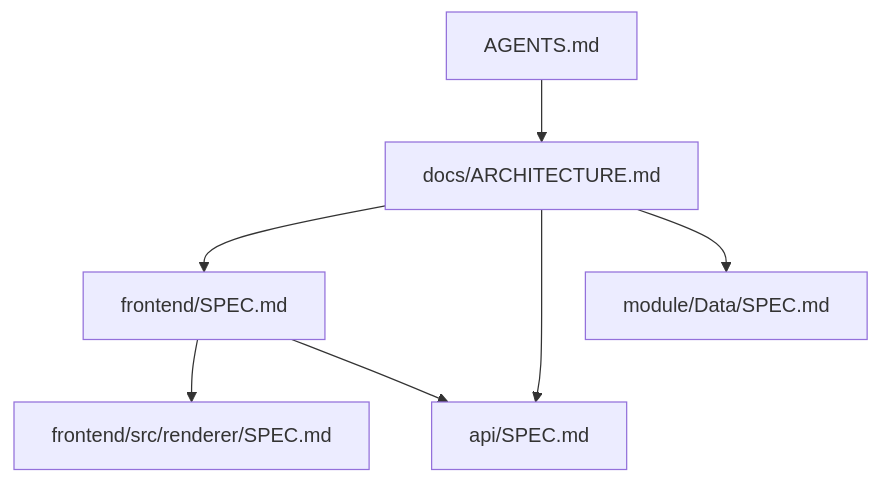
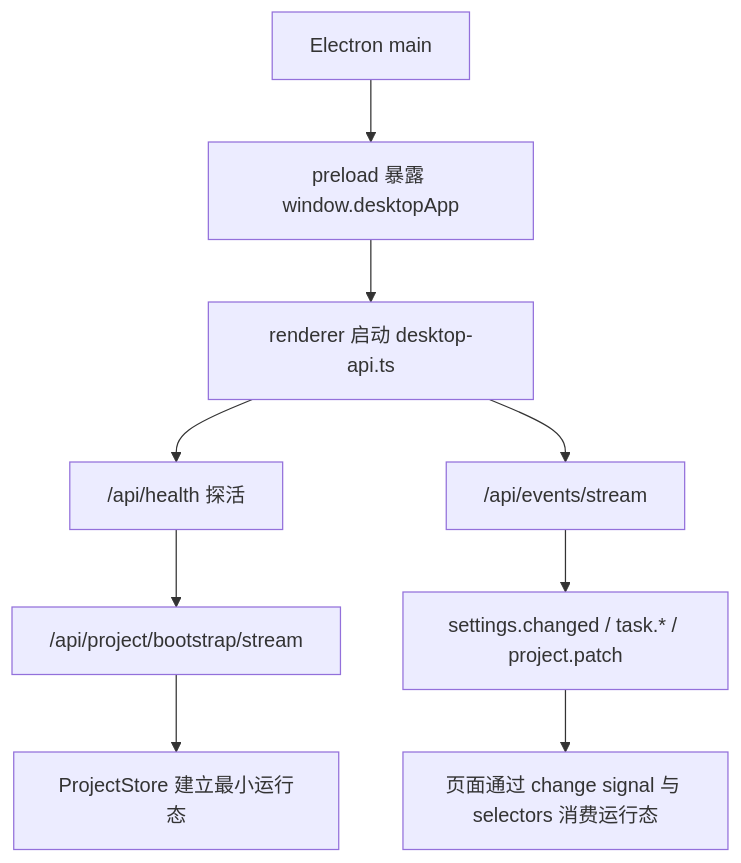
Before and after one commit to neavo/LinguaGacha: the second of 3 diagrams in docs/ARCHITECTURE.md, drawn with Mermaid. The commit also changed other lines of this file and 364 other files, not shown here.

````diff
--- a/docs/ARCHITECTURE.md
+++ b/docs/ARCHITECTURE.md
@@ -33,9 +49,11 @@
 ```mermaid
 flowchart TD
-    A["AGENTS.md"] --> B["docs/ARCHITECTURE.md"]
-    B --> C["frontend/SPEC.md"]
-    B --> D["api/SPEC.md"]
-    B --> E["module/Data/SPEC.md"]
-    C --> F["frontend/src/renderer/SPEC.md"]
-    C --> D
+    A["Electron main"] --> B["preload 暴露 window.desktopApp"]
+    B --> C["renderer 启动 desktop-api.ts"]
+    C --> D["/api/health 探活"]
+    D --> E["/api/project/bootstrap/stream"]
+    E --> F["ProjectStore 建立最小运行态"]
+    C --> G["/api/events/stream"]
+    G --> H["settings.changed / task.* / project.patch"]
+    H --> I["页面通过 change signal 与 selectors 消费运行态"]
 ```
````
